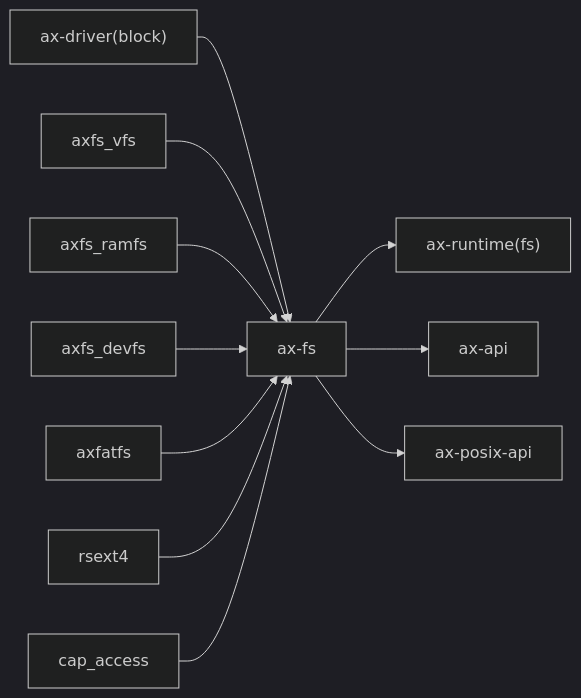
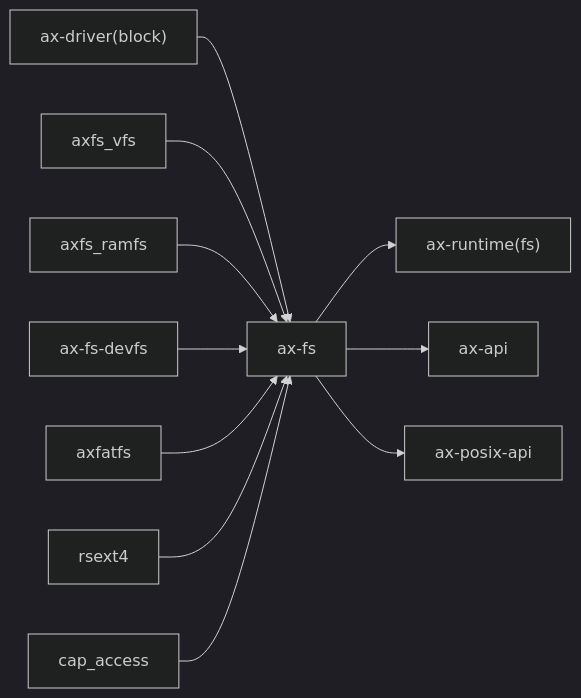
One commit to zKurisu/tgoskits changed the second of 2 diagrams in docs/crates/ax-fs.md. Above: the diagram before and after it, drawn with Mermaid (dark theme). The commit also changed 13 other files, not shown here.

Commit message:
rename axfs_devfs to ax-fs-devfs

````diff
--- a/docs/crates/ax-fs.md
+++ b/docs/crates/ax-fs.md
@@ -100,14 +100,14 @@
 ```mermaid
 graph LR
     ax-driver["ax-driver(block)"] --> current["ax-fs"]
     axfs_vfs["axfs_vfs"] --> current
     axfs_ramfs["axfs_ramfs"] --> current
-    axfs_devfs["axfs_devfs"] --> current
+    axfs_devfs["ax-fs-devfs"] --> current
     axfatfs["axfatfs"] --> current
     rsext4["rsext4"] --> current
     cap_access["cap_access"] --> current
 
     current --> ax-runtime["ax-runtime(fs)"]
     current --> ax-api["ax-api"]
     current --> ax-posix-api["ax-posix-api"]
 ```
````
